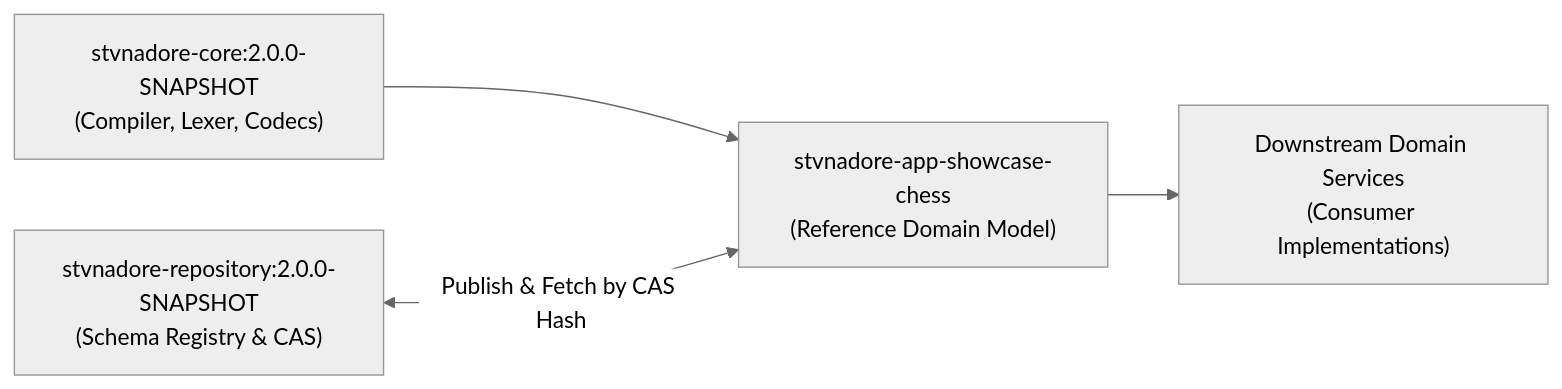
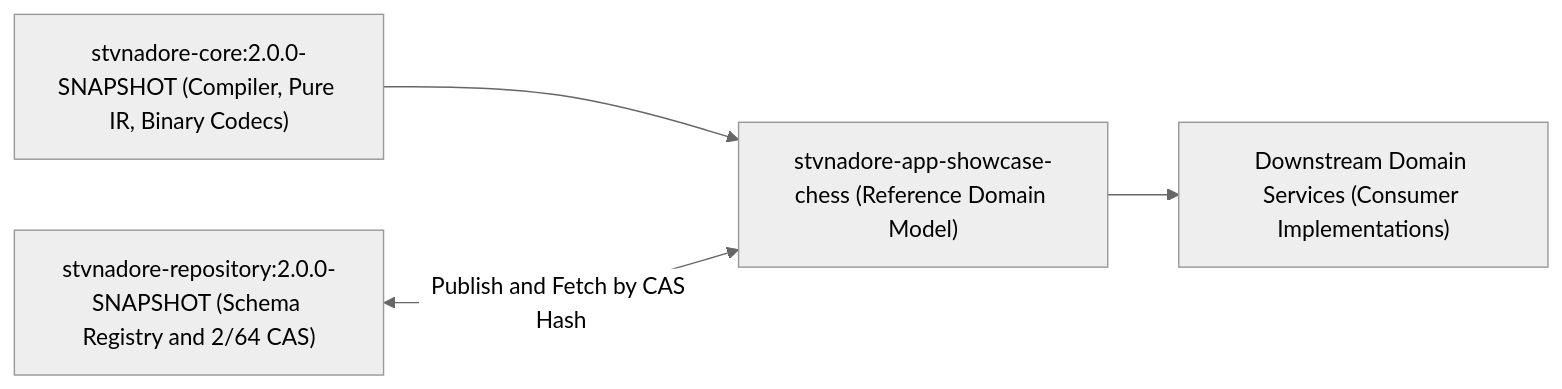
Before and after one commit to chaotic3quilibrium/stvnadore-app-showcase-chess: the first of 3 diagrams in docs/architecture/STVN_CHESS_SHOWCASE_SPEC.md, drawn with Mermaid (neutral theme). The commit also changed other lines of this file and 20 other files, not shown here.

Commit message:
Refactor to align with new core pure-IR cutover, and real repository hardening

````diff
--- a/docs/architecture/STVN_CHESS_SHOWCASE_SPEC.md
+++ b/docs/architecture/STVN_CHESS_SHOWCASE_SPEC.md
@@ -25,6 +25,6 @@
 ```mermaid
 flowchart LR
-    Core["stvnadore-core:2.0.0-SNAPSHOT\n(Compiler, Lexer, Codecs)"] --> Chess["stvnadore-app-showcase-chess\n(Reference Domain Model)"]
-    Repo["stvnadore-repository:2.0.0-SNAPSHOT\n(Schema Registry & CAS)"] <-->|"Publish & Fetch by CAS Hash"| Chess
-    Chess --> ClientApp["Downstream Domain Services\n(Consumer Implementations)"]
+    Core["stvnadore-core:2.0.0-SNAPSHOT (Compiler, Pure IR, Binary Codecs)"] --> Chess["stvnadore-app-showcase-chess (Reference Domain Model)"]
+    Repo["stvnadore-repository:2.0.0-SNAPSHOT (Schema Registry and 2/64 CAS)"] <-->|"Publish and Fetch by CAS Hash"| Chess
+    Chess --> ClientApp["Downstream Domain Services (Consumer Implementations)"]
 ```
````
